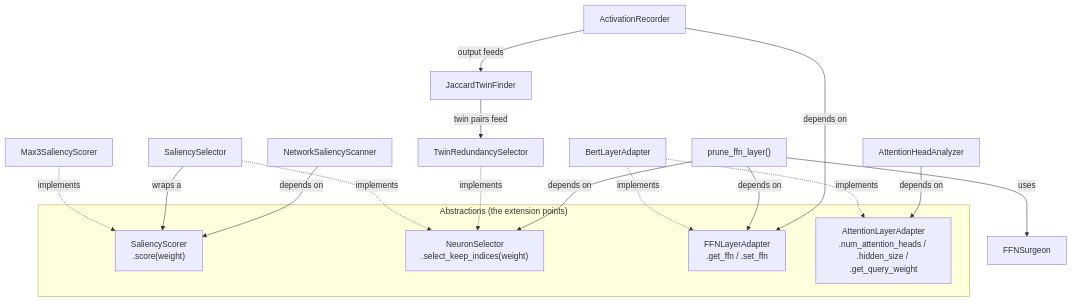
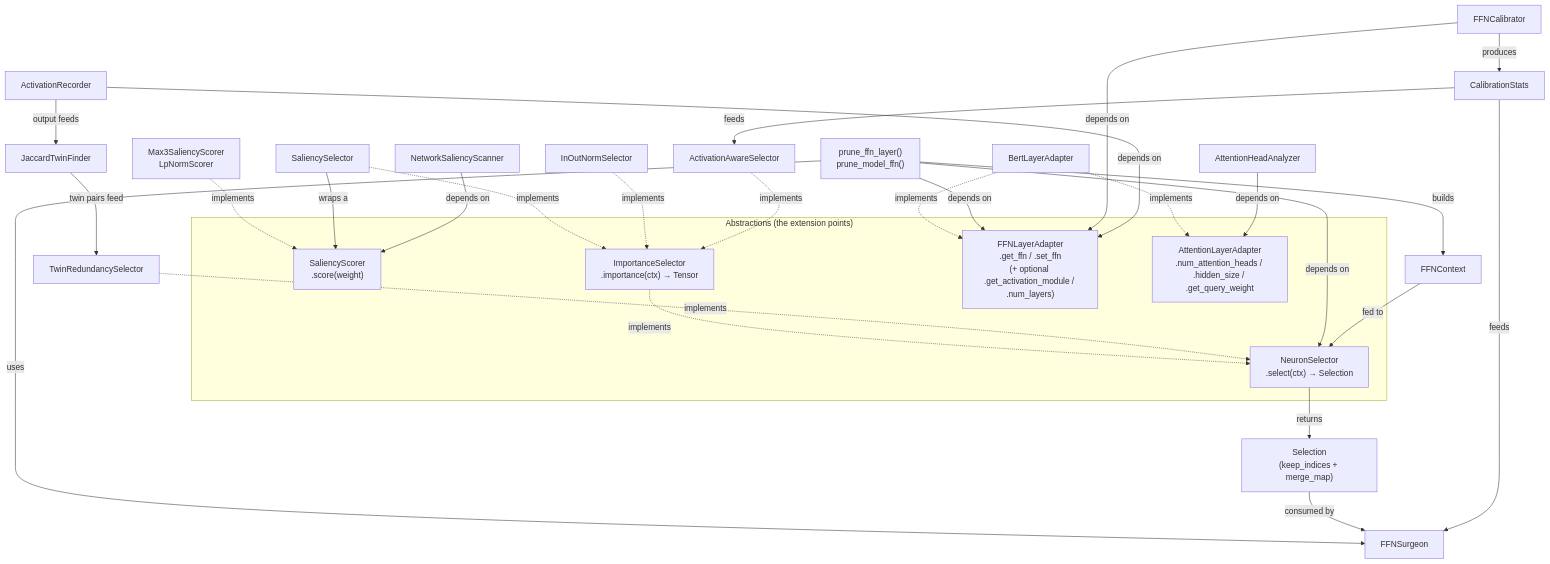
The diagram in docs/KNOWLEDGE_TRANSFER.md (thakerpragnesh/transformer_pruning), drawn with Mermaid before and after one commit. The commit also changed other lines of this file and 31 other files, not shown here.

````diff
--- a/docs/KNOWLEDGE_TRANSFER.md
+++ b/docs/KNOWLEDGE_TRANSFER.md
@@ -127,25 +200,37 @@
 ```mermaid
 graph TD
     subgraph Interfaces["Abstractions (the extension points)"]
         SS["SaliencyScorer<br/>.score(weight)"]
-        NSel["NeuronSelector<br/>.select_keep_indices(weight)"]
-        FA["FFNLayerAdapter<br/>.get_ffn / .set_ffn"]
+        NSel["NeuronSelector<br/>.select(ctx) → Selection"]
+        ISel["ImportanceSelector<br/>.importance(ctx) → Tensor"]
+        FA["FFNLayerAdapter<br/>.get_ffn / .set_ffn<br/>(+ optional .get_activation_module / .num_layers)"]
         AA["AttentionLayerAdapter<br/>.num_attention_heads / .hidden_size / .get_query_weight"]
     end
 
-    Max3["Max3SaliencyScorer"] -.implements.-> SS
-    SalSel["SaliencySelector"] -.implements.-> NSel
+    Max3["Max3SaliencyScorer<br/>LpNormScorer"] -.implements.-> SS
+    ISel -.implements.-> NSel
+    SalSel["SaliencySelector"] -.implements.-> ISel
     SalSel -- "wraps a" --> SS
+    InOut["InOutNormSelector"] -.implements.-> ISel
+    ActAware["ActivationAwareSelector"] -.implements.-> ISel
     TwinSel["TwinRedundancySelector"] -.implements.-> NSel
     Bert["BertLayerAdapter"] -.implements.-> FA
     Bert -.implements.-> AA
 
     Scanner["NetworkSaliencyScanner"] -- "depends on" --> SS
-    Workflow["prune_ffn_layer()"] -- "depends on" --> NSel
+    Workflow["prune_ffn_layer()<br/>prune_model_ffn()"] -- "depends on" --> NSel
     Workflow -- "depends on" --> FA
+    Workflow -- "builds" --> Ctx["FFNContext"]
+    Ctx -- "fed to" --> NSel
+    NSel -- "returns" --> Sel["Selection<br/>(keep_indices + merge_map)"]
     Workflow -- "uses" --> Surgeon["FFNSurgeon"]
+    Sel -- "consumed by" --> Surgeon
     HeadAn["AttentionHeadAnalyzer"] -- "depends on" --> AA
+    Calib["FFNCalibrator"] -- "depends on" --> FA
+    Calib -- "produces" --> Stats["CalibrationStats"]
+    Stats -- "feeds" --> ActAware
+    Stats -- "feeds" --> Surgeon
     Recorder["ActivationRecorder"] -- "depends on" --> FA
     Recorder -- "output feeds" --> Redund["JaccardTwinFinder"]
     Redund -- "twin pairs feed" --> TwinSel
 ```
````
